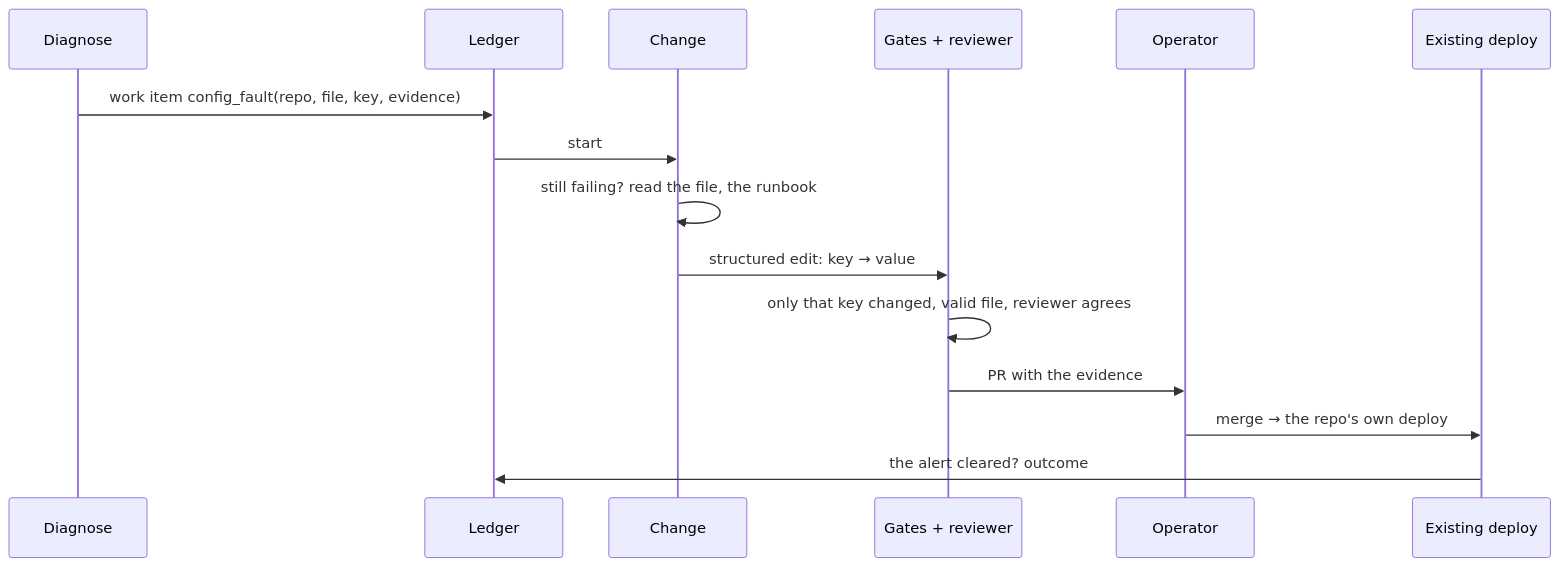
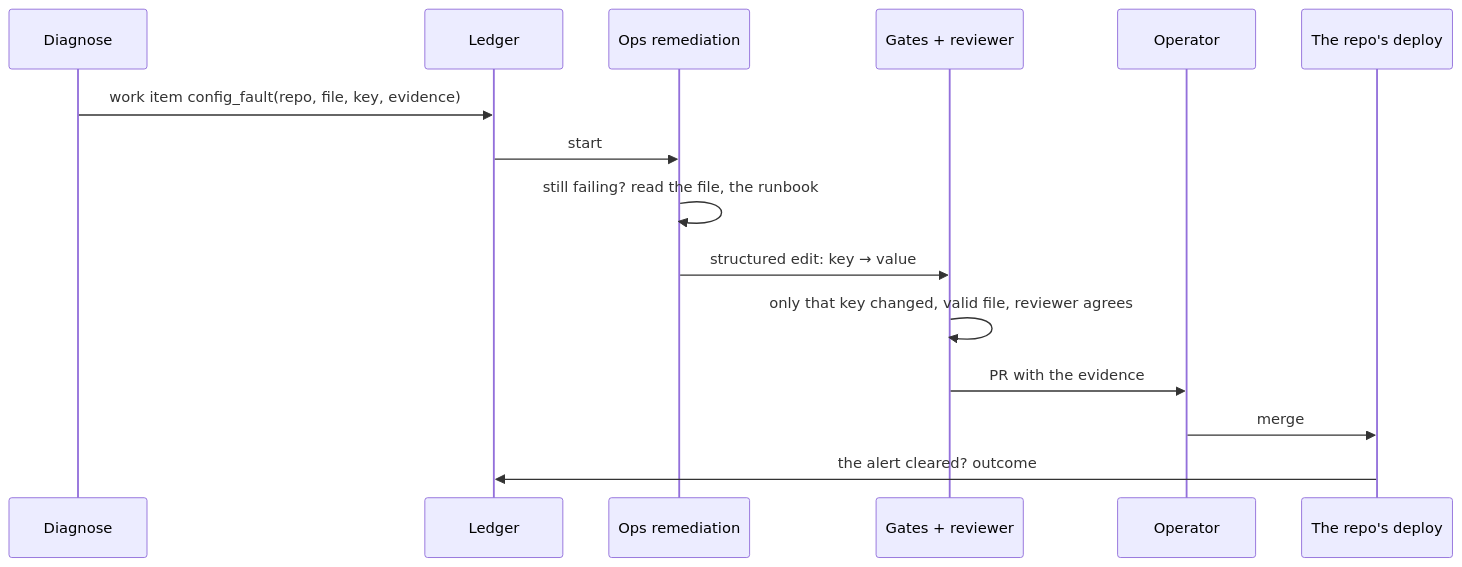
One commit to chipi/flotilla changed the seventh of 10 diagrams in docs/rfc/RFC-0004-agent-pipeline.md. Above: the diagram before and after it, drawn with Mermaid. The commit also changed other lines of this file, not shown here.

First line of the commit message:
docs(rfc): RFC-0004: Ops is one fleet (the SRE team) with item kinds; SEO is the digital marketing fleet's first use case

````diff
--- a/docs/rfc/RFC-0004-agent-pipeline.md
+++ b/docs/rfc/RFC-0004-agent-pipeline.md
@@ -325,17 +310,17 @@
 ```mermaid
 sequenceDiagram
-    participant T as Diagnose
+    participant D as Diagnose
     participant L as Ledger
-    participant Ch as Change
+    participant Rm as Ops remediation
     participant G as Gates + reviewer
     participant Op as Operator
-    participant D as Existing deploy
-    T->>L: work item config_fault(repo, file, key, evidence)
-    L->>Ch: start
-    Ch->>Ch: still failing? read the file, the runbook
-    Ch->>G: structured edit: key → value
+    participant Dp as The repo's deploy
+    D->>L: work item config_fault(repo, file, key, evidence)
+    L->>Rm: start
+    Rm->>Rm: still failing? read the file, the runbook
+    Rm->>G: structured edit: key → value
     G->>G: only that key changed, valid file, reviewer agrees
     G->>Op: PR with the evidence
-    Op->>D: merge → the repo's own deploy
-    D->>L: the alert cleared? outcome
+    Op->>Dp: merge
+    Dp->>L: the alert cleared? outcome
 ```
````
